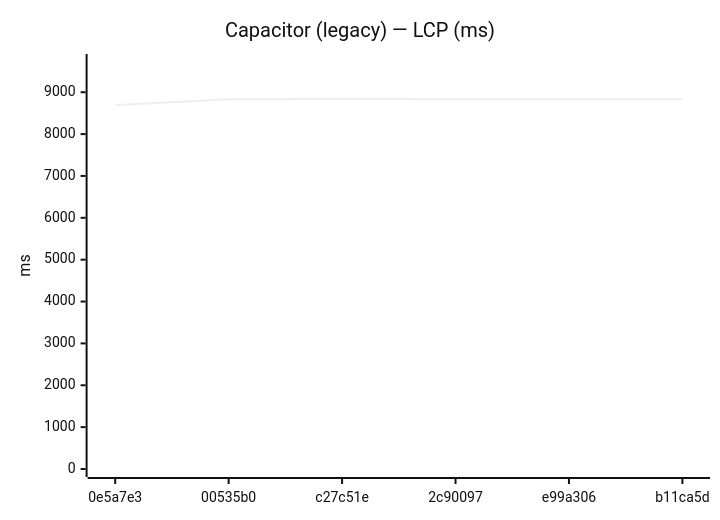
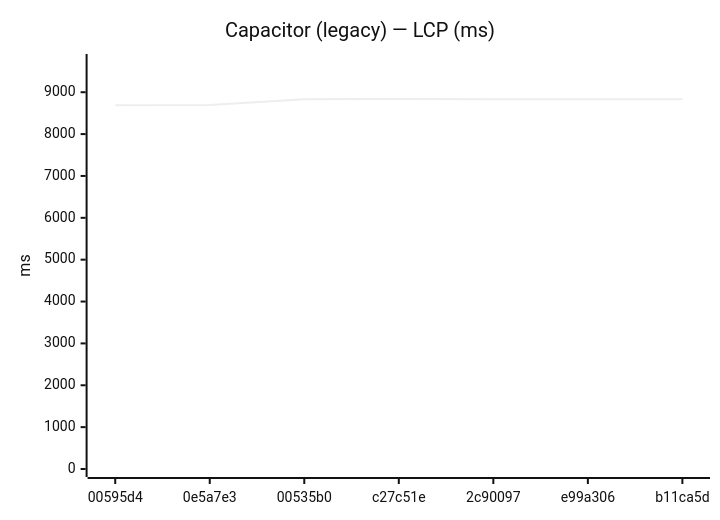
The fifth of 24 diagrams in benchmarks/compare.md (Metaheurist/Rianell), drawn with Mermaid (neutral theme) before and after one commit. The commit also changed other lines of this file and 12 other files, not shown here.

````diff
--- a/benchmarks/compare.md
+++ b/benchmarks/compare.md
@@ -72,7 +75,7 @@
 ```mermaid
 xychart-beta
     title "Capacitor (legacy) — LCP (ms)"
-    x-axis ["0e5a7e3", "00535b0", "c27c51e", "2c90097", "e99a306", "b11ca5d"]
+    x-axis ["00595d4", "0e5a7e3", "00535b0", "c27c51e", "2c90097", "e99a306", "b11ca5d"]
     y-axis "ms" 0 --> 9722
-    line [8693, 8834, 8838, 8835, 8833, 8830]
+    line [8688, 8693, 8834, 8838, 8835, 8833, 8830]
 ```
````
